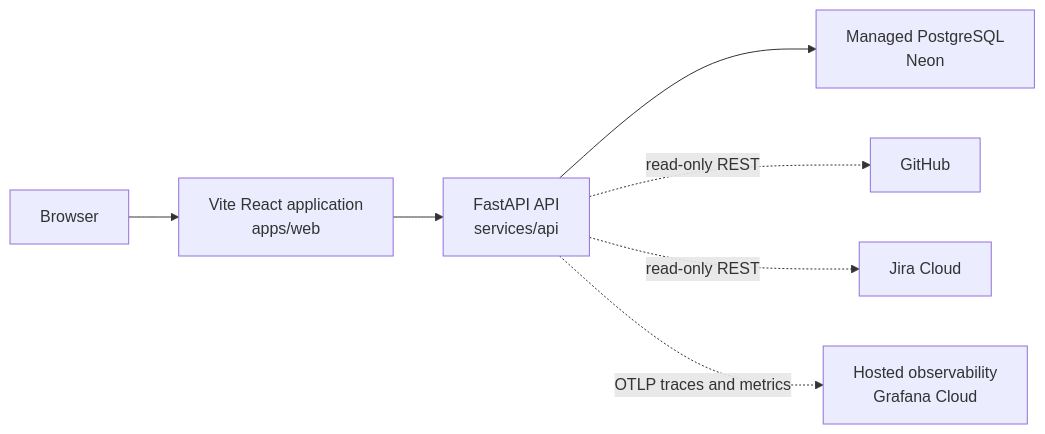
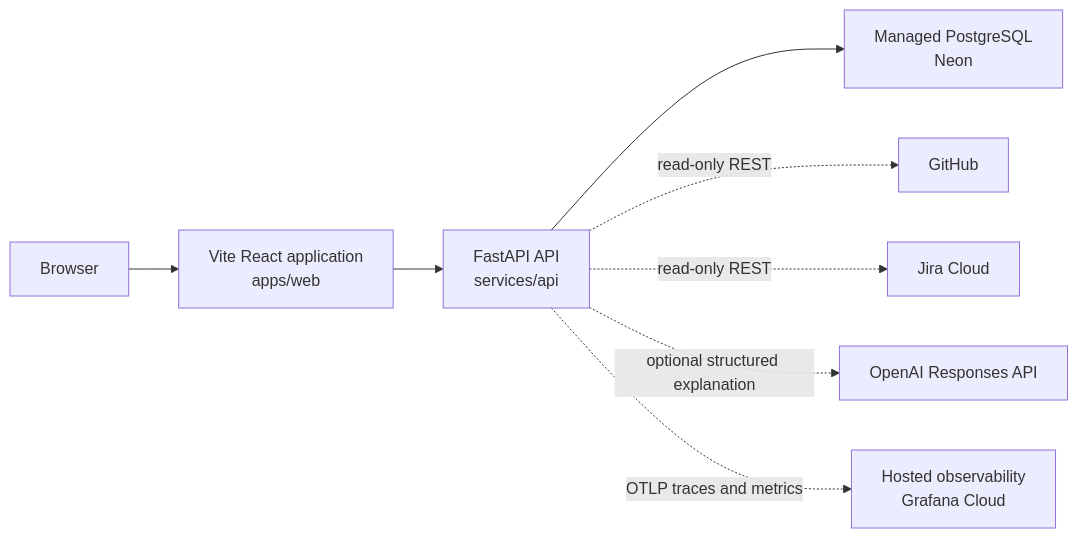
The diagram in docs/ARCHITECTURE.md (banalasaisathwik/promptql), drawn with Mermaid before and after one commit. The commit also changed other lines of this file and 34 other files, not shown here.

Commit message:
feat(llm): add OpenAI and Gemini explanation adapters

````diff
--- a/docs/ARCHITECTURE.md
+++ b/docs/ARCHITECTURE.md
@@ -5,9 +5,10 @@
 ```mermaid
 flowchart LR
     Browser --> Web["Vite React application<br/>apps/web"]
     Web --> API["FastAPI API<br/>services/api"]
     API --> PostgreSQL["Managed PostgreSQL<br/>Neon"]
     API -. "read-only REST" .-> GitHub["GitHub"]
     API -. "read-only REST" .-> Jira["Jira Cloud"]
+    API -. "optional structured explanation" .-> OpenAI["OpenAI Responses API"]
     API -. "OTLP traces and metrics" .-> Observability["Hosted observability<br/>Grafana Cloud"]
 ```
````
